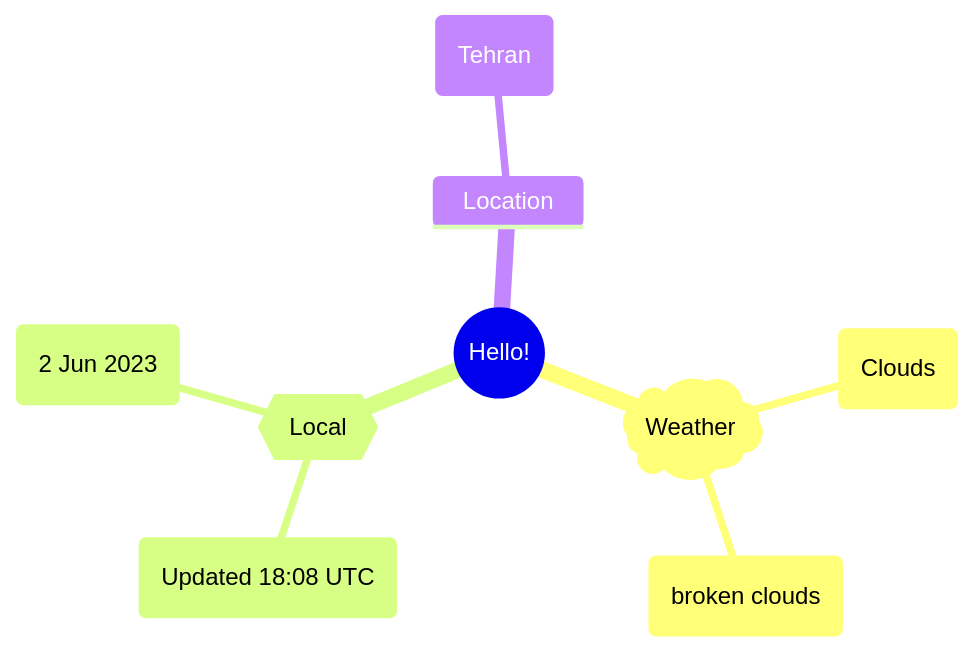
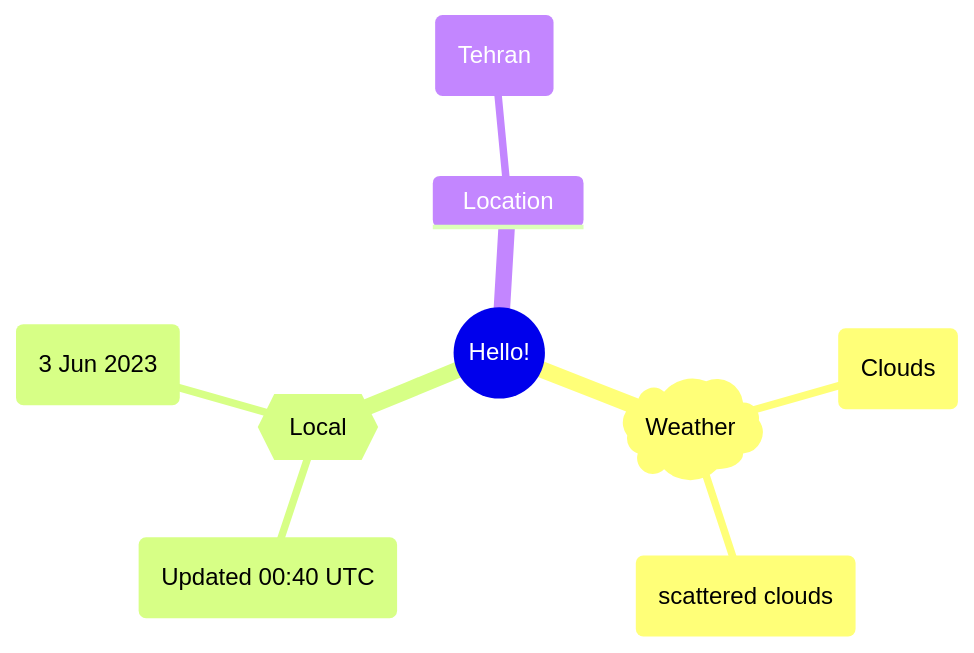
The first of 2 diagrams in README.md (Xosrov/Xosrov), drawn with Mermaid before and after one commit.

Commit message:
[bot] updated images

````diff
--- a/README.md
+++ b/README.md
@@ -3,12 +3,12 @@
 ```mermaid
 mindmap
   root((Hello!))
     )Weather(
         (Clouds)
-        (broken clouds)
+        (scattered clouds)
     {{Local}}
-        (Updated 18:08 UTC)
-        (2 Jun 2023)
+        (Updated 00:40 UTC)
+        (3 Jun 2023)
     Location
         (Tehran)
 ```
````
